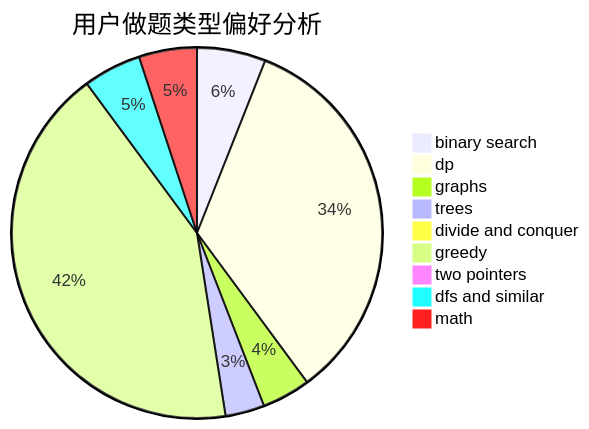
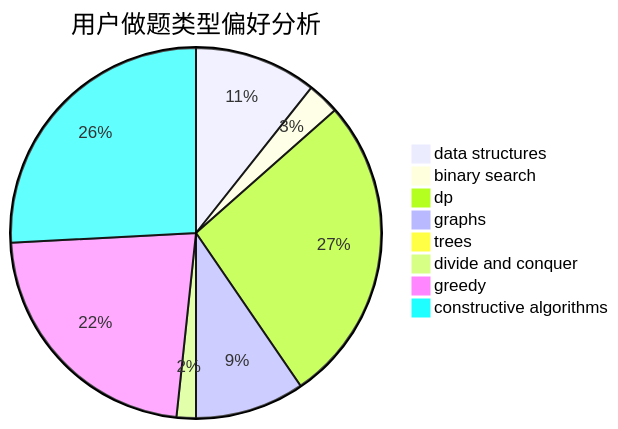
One commit to sherpahu/cfrs.github.io changed the second of 3 diagrams in docs/user/u2065.md. Above: the diagram before and after it, drawn with Mermaid. The commit also changed other lines of this file and 2775 other files, not shown here.

````diff
--- a/docs/user/u2065.md
+++ b/docs/user/u2065.md
@@ -23,12 +23,11 @@
 ```mermaid
 pie title 用户做题类型偏好分析
-    "binary search" :  51
-    "dp" :  288
-    "graphs" :  36
-    "trees" :  29
+    "data structures" :  19
+    "binary search" :  5
+    "dp" :  48
+    "graphs" :  17
+    "trees" :  1
     "divide and conquer" :  3
-    "greedy" :  360
-    "two pointers" :  2
-    "dfs and similar" :  43
-    "math" :  43
+    "greedy" :  40
+    "constructive algorithms" :  46
 ```
````
